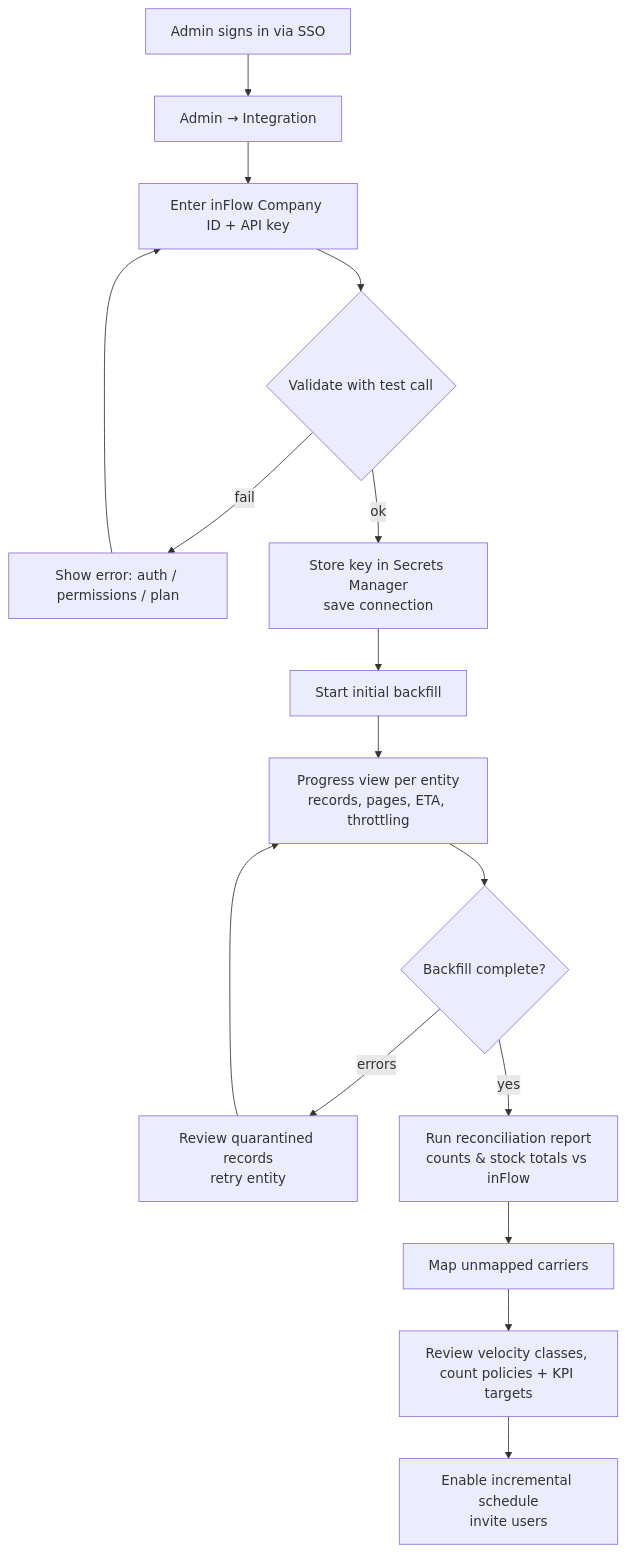
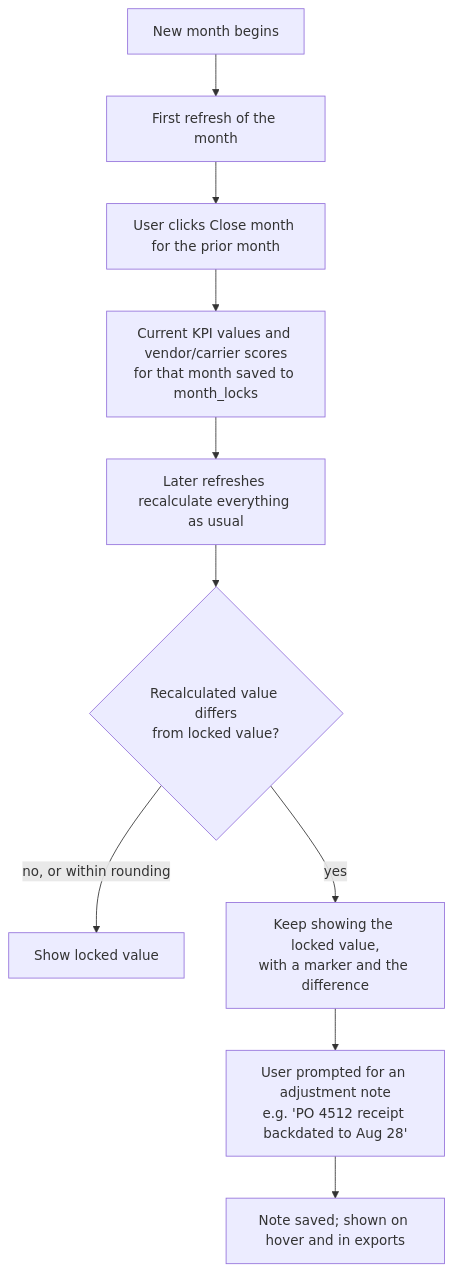
One commit to mdonaldson-prog/Dashboard changed the fourth of 8 diagrams in docs/SYSTEM_DESIGN.md. Above: the diagram before and after it, drawn with Mermaid. The commit also changed other lines of this file and 1 other file, not shown here.

First line of the commit message:
Redesign as a zero-maintenance single-file app fed by inFlow exports (v2)

````diff
--- a/docs/SYSTEM_DESIGN.md
+++ b/docs/SYSTEM_DESIGN.md
@@ -963,16 +321,12 @@
 ```mermaid
 flowchart TD
-    A[Admin signs in via SSO] --> B[Admin → Integration]
-    B --> C[Enter inFlow Company ID + API key]
-    C --> D{Validate with test call}
-    D -- fail --> C1[Show error: auth / permissions / plan] --> C
-    D -- ok --> E[Store key in Secrets Manager<br/>save connection]
-    E --> F[Start initial backfill]
-    F --> G[Progress view per entity<br/>records, pages, ETA, throttling]
-    G --> H{Backfill complete?}
-    H -- errors --> I[Review quarantined records<br/>retry entity] --> G
-    H -- yes --> J[Run reconciliation report<br/>counts & stock totals vs inFlow]
-    J --> K[Map unmapped carriers]
-    K --> L[Review velocity classes, count policies + KPI targets]
-    L --> M[Enable incremental schedule<br/>invite users]
+    A[New month begins] --> B[First refresh of the month]
+    B --> C[User clicks Close month for the prior month]
+    C --> D[Current KPI values and vendor/carrier scores<br/>for that month saved to month_locks]
+    D --> E[Later refreshes recalculate everything as usual]
+    E --> F{Recalculated value differs<br/>from locked value?}
+    F -- "no, or within rounding" --> G[Show locked value]
+    F -- yes --> H[Keep showing the locked value,<br/>with a marker and the difference]
+    H --> I[User prompted for an adjustment note<br/>e.g. 'PO 4512 receipt backdated to Aug 28']
+    I --> J[Note saved; shown on hover and in exports]
 ```
````
